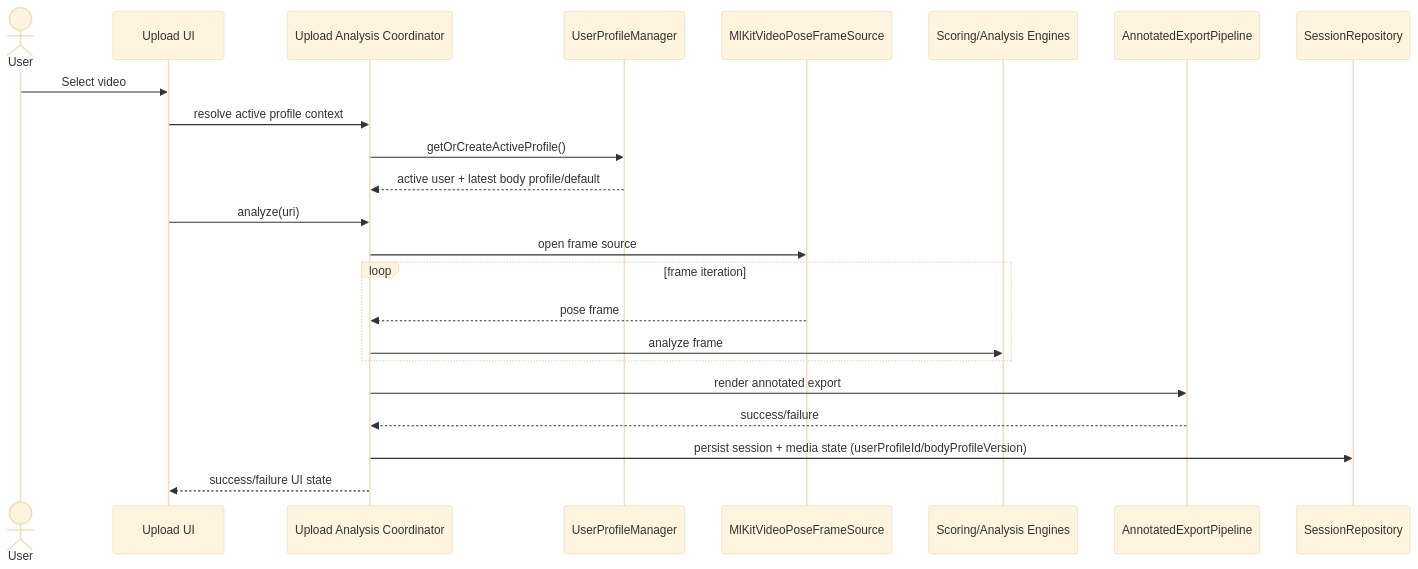
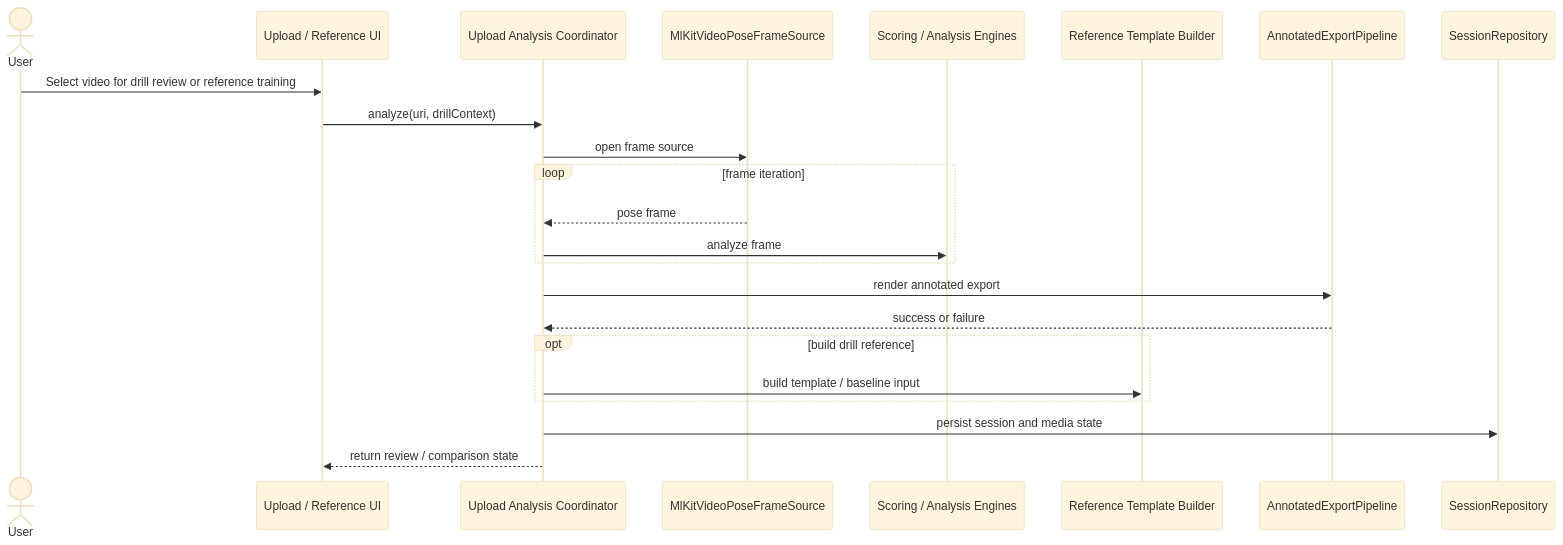
The diagram in docs/diagrams/sequence-import-analysis.md (Voycepeh/Handstand-App), drawn with Mermaid (base theme) before and after one commit. The commit also changed 14 other files, not shown here.

Commit message:
docs: realign repo docs and diagrams with current drill-centric workflows

````diff
--- a/docs/diagrams/sequence-import-analysis.md
+++ b/docs/diagrams/sequence-import-analysis.md
@@ -3,26 +3,26 @@
 ```mermaid
 sequenceDiagram
-  actor User
-  participant UI as Upload UI
-  participant COORD as Upload Analysis Coordinator
-  participant UPM as UserProfileManager
-  participant SRC as MlKitVideoPoseFrameSource
-  participant SCORE as Scoring/Analysis Engines
-  participant EXP as AnnotatedExportPipeline
-  participant REPO as SessionRepository
+    actor User
+    participant UI as Upload / Reference UI
+    participant COORD as Upload Analysis Coordinator
+    participant SRC as MlKitVideoPoseFrameSource
+    participant SCORE as Scoring / Analysis Engines
+    participant REF as Reference Template Builder
+    participant EXP as AnnotatedExportPipeline
+    participant REPO as SessionRepository
 
-  User->>UI: Select video
-  UI->>COORD: resolve active profile context
-  COORD->>UPM: getOrCreateActiveProfile()
-  UPM-->>COORD: active user + latest body profile/default
-  UI->>COORD: analyze(uri)
-  COORD->>SRC: open frame source
-  loop frame iteration
-    SRC-->>COORD: pose frame
-    COORD->>SCORE: analyze frame
-  end
-  COORD->>EXP: render annotated export
-  EXP-->>COORD: success/failure
-  COORD->>REPO: persist session + media state (userProfileId/bodyProfileVersion)
-  COORD-->>UI: success/failure UI state
+    User->>UI: Select video for drill review or reference training
+    UI->>COORD: analyze(uri, drillContext)
+    COORD->>SRC: open frame source
+    loop frame iteration
+      SRC-->>COORD: pose frame
+      COORD->>SCORE: analyze frame
+    end
+    COORD->>EXP: render annotated export
+    EXP-->>COORD: success or failure
+    opt build drill reference
+      COORD->>REF: build template / baseline input
+    end
+    COORD->>REPO: persist session and media state
+    COORD-->>UI: return review / comparison state
 ```
````
